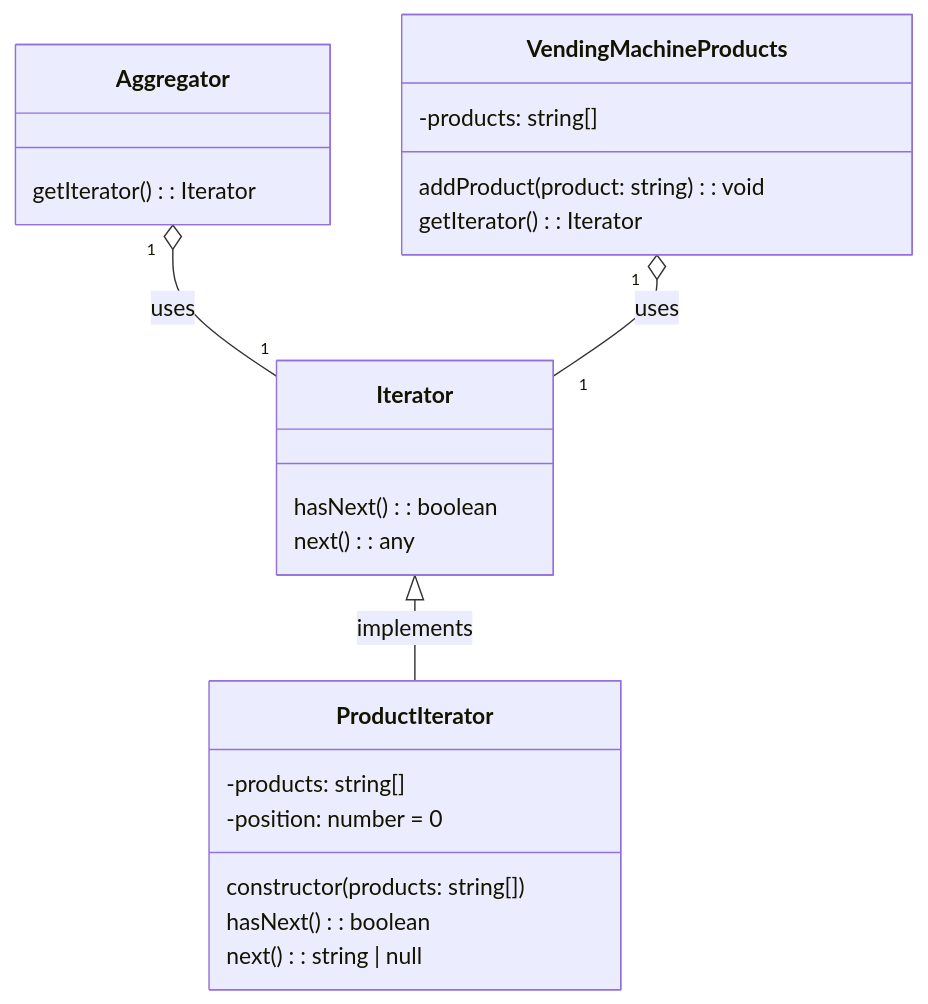
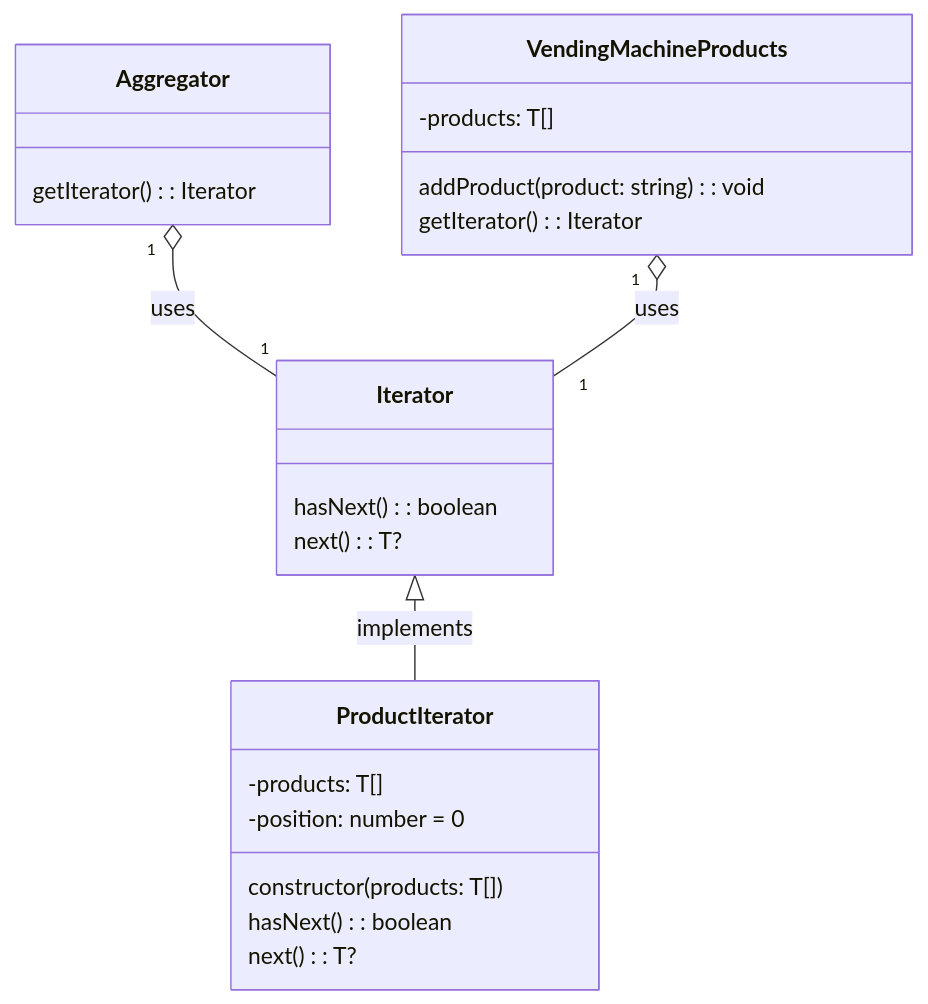
Before and after one commit to k0perX-X/HSE_PAPS: the tenth of 12 diagrams in Lab Work №6/docs/README.md, drawn with Mermaid. The commit also changed other lines of this file, not shown here.

````diff
--- a/Lab Work №6/docs/README.md
+++ b/Lab Work №6/docs/README.md
@@ -685,29 +743,29 @@
 ```mermaid
 classDiagram
     class Iterator {
         hasNext(): boolean
-        next(): any
+        next(): T?
     }
 
     class Aggregator {
         getIterator(): Iterator
     }
 
     class ProductIterator {
-        -products: string[]
+        -products: T[]
         -position: number = 0
-        constructor(products: string[])
+        constructor(products: T[])
         hasNext(): boolean
-        next(): string | null
+        next(): T?
     }
 
     class VendingMachineProducts {
-        -products: string[]
+        -products: T[]
         addProduct(product: string): void
         getIterator(): Iterator
     }
 
     Aggregator "1" o-- "1" Iterator : uses
     VendingMachineProducts "1" o-- "1" Iterator : uses
     Iterator <|-- ProductIterator : implements
 ```
````
